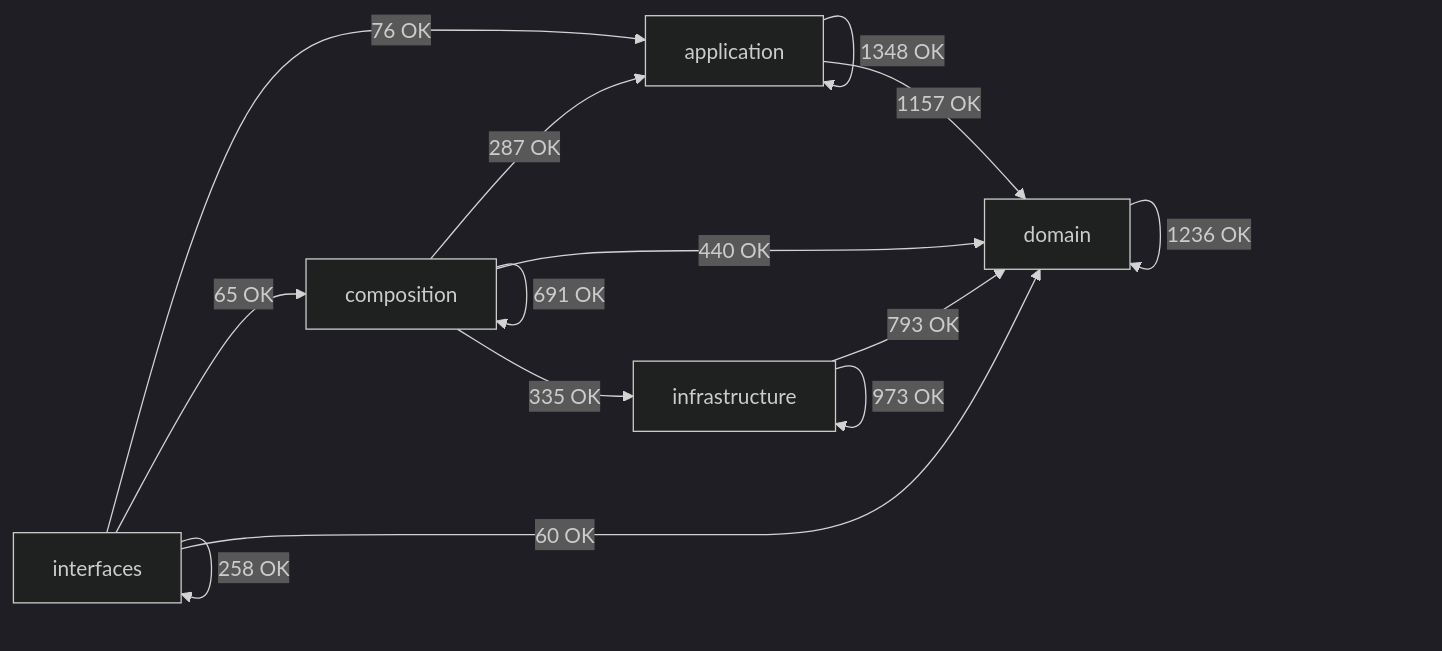
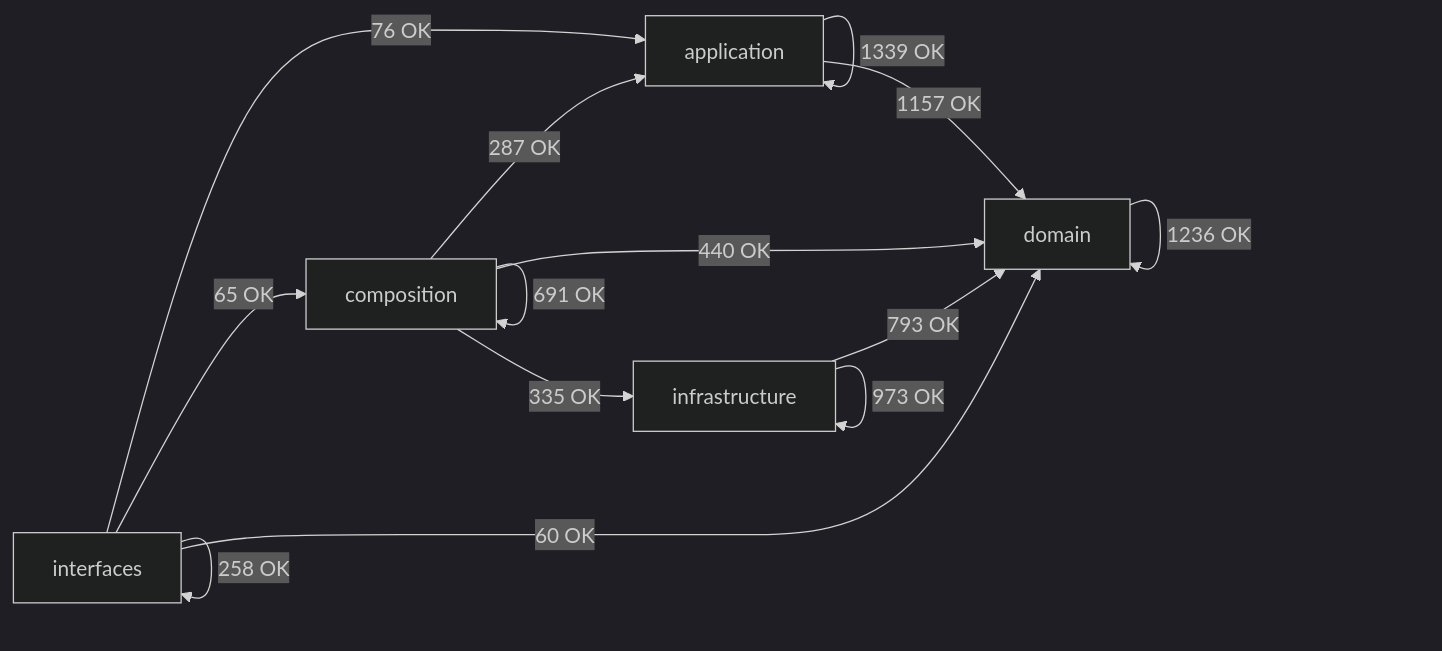
The diagram in docs/02-architecture/generated/module-dependency-map.md (SatoryKono/BioactivityDataAcquisition), drawn with Mermaid (dark theme) before and after one commit. The commit also changed other lines of this file and 3 other files, not shown here.

````diff
--- a/docs/02-architecture/generated/module-dependency-map.md
+++ b/docs/02-architecture/generated/module-dependency-map.md
@@ -17,21 +17,21 @@
 ```mermaid
 flowchart LR
     domain[domain]
     application[application]
     infrastructure[infrastructure]
     composition[composition]
     interfaces[interfaces]
-    application -->|1348 OK| application
+    application -->|1339 OK| application
     application -->|1157 OK| domain
     composition -->|287 OK| application
     composition -->|691 OK| composition
     composition -->|440 OK| domain
     composition -->|335 OK| infrastructure
     domain -->|1236 OK| domain
     infrastructure -->|793 OK| domain
     infrastructure -->|973 OK| infrastructure
     interfaces -->|76 OK| application
     interfaces -->|65 OK| composition
     interfaces -->|60 OK| domain
     interfaces -->|258 OK| interfaces
 ```
````
